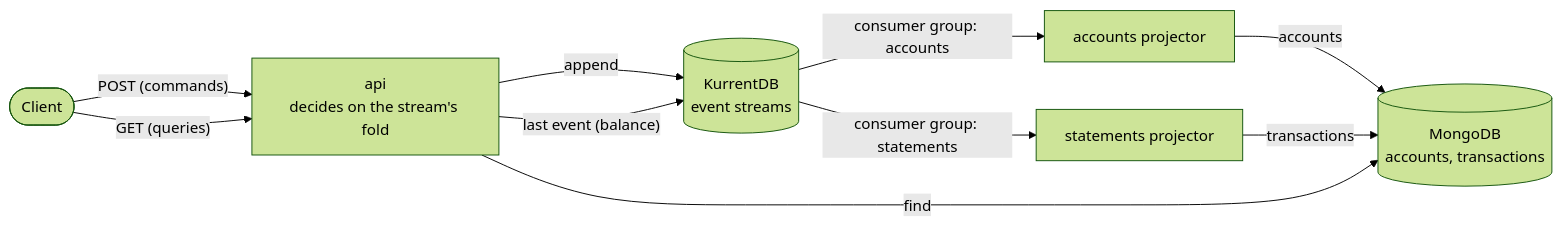
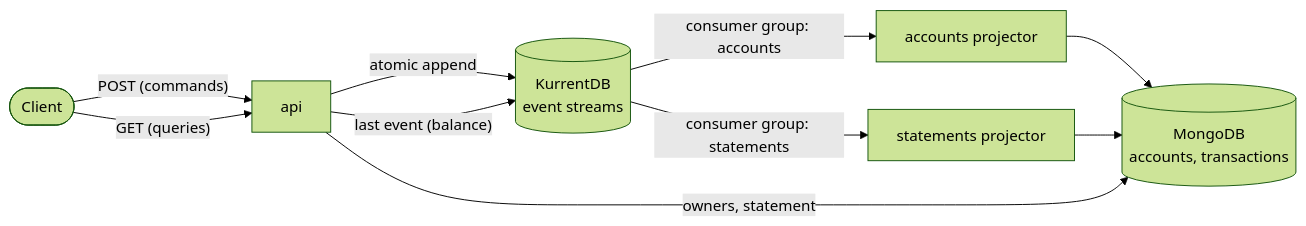
Before and after one commit to gianluca-pettenon/idempotent-ledger: the first of 3 diagrams in README.md, drawn with Mermaid (forest theme). The commit also changed other lines of this file, not shown here.

````diff
--- a/README.md
+++ b/README.md
@@ -11,19 +21,19 @@
 ```mermaid
 flowchart LR
     client([Client])
-    api["api<br/>decides on the stream's fold"]
+    api["api"]
     kurrent[("KurrentDB<br/>event streams")]
-    owners["accounts projector"]
+    accounts["accounts projector"]
     statements["statements projector"]
     mongo[("MongoDB<br/>accounts, transactions")]
 
     client -- "POST (commands)" --> api
-    api -- append --> kurrent
-    kurrent -- "consumer group: accounts" --> owners
+    api -- "atomic append" --> kurrent
+    kurrent -- "consumer group: accounts" --> accounts
     kurrent -- "consumer group: statements" --> statements
-    owners -- accounts --> mongo
-    statements -- transactions --> mongo
+    accounts --> mongo
+    statements --> mongo
     client -- "GET (queries)" --> api
     api -- "last event (balance)" --> kurrent
-    api -- find --> mongo
+    api -- "owners, statement" --> mongo
 ```
````
